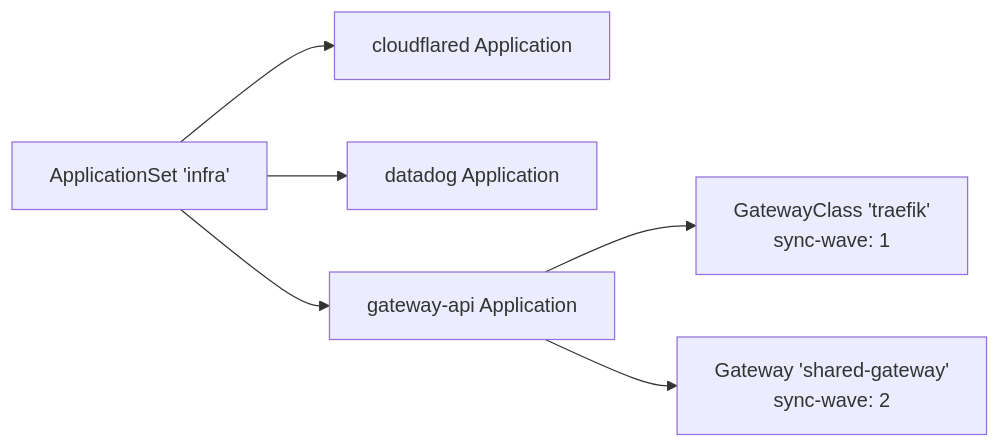
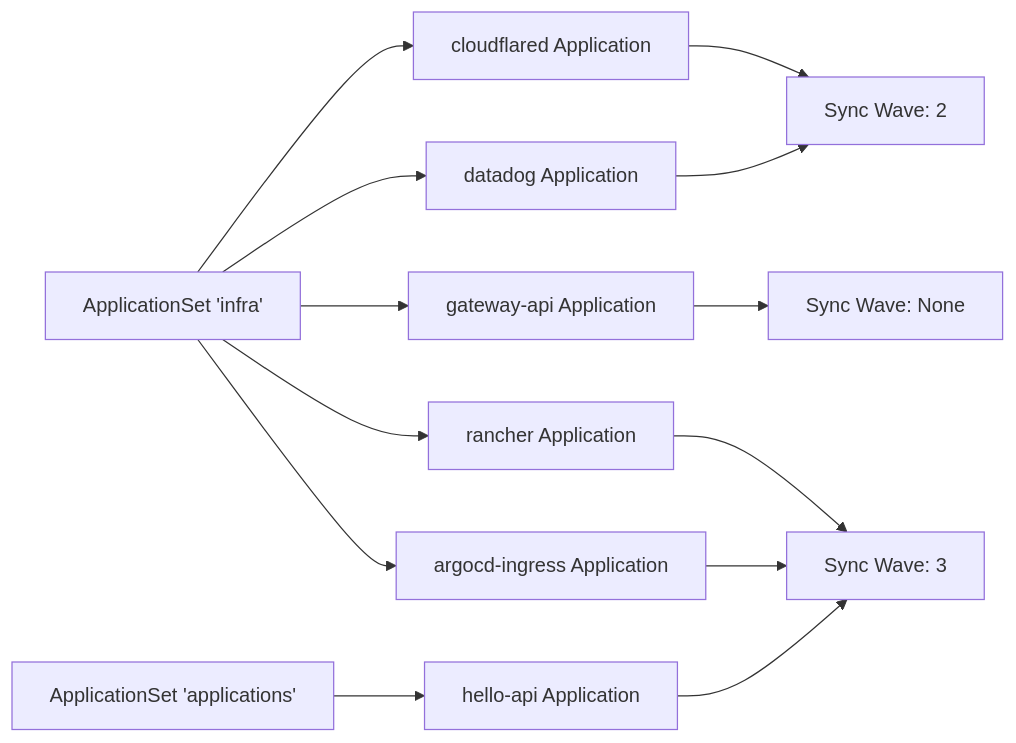
One commit to Hoangvu75/k8s_manifest changed the eighth of 8 diagrams in .qoder/repowiki/en/content/Project Management/Infrastructure Projects.md. Above: the diagram before and after it, drawn with Mermaid. The commit also changed other lines of this file and 24 other files, not shown here.

````diff
--- a/.qoder/repowiki/en/content/Project Management/Infrastructure Projects.md
+++ b/.qoder/repowiki/en/content/Project Management/Infrastructure Projects.md
@@ -210,8 +289,15 @@
 ```mermaid
 graph LR
-AS["ApplicationSet 'infra'"] --> CF["cloudflared Application"]
-AS --> DD["datadog Application"]
-AS --> GA["gateway-api Application"]
-GA --> GC["GatewayClass 'traefik'<br/>sync-wave: 1"]
-GA --> GW["Gateway 'shared-gateway'<br/>sync-wave: 2"]
+InfraAS["ApplicationSet 'infra'"] --> CF["cloudflared Application"]
+InfraAS --> DD["datadog Application"]
+InfraAS --> GA["gateway-api Application"]
+InfraAS --> RCH["rancher Application"]
+InfraAS --> AC["argocd-ingress Application"]
+AppAS["ApplicationSet 'applications'"] --> HA["hello-api Application"]
+CF --> Wave2["Sync Wave: 2"]
+DD --> Wave2["Sync Wave: 2"]
+GA --> WaveNone["Sync Wave: None"]
+RCH --> Wave3["Sync Wave: 3"]
+AC --> Wave3["Sync Wave: 3"]
+HA --> Wave3["Sync Wave: 3"]
 ```
````
